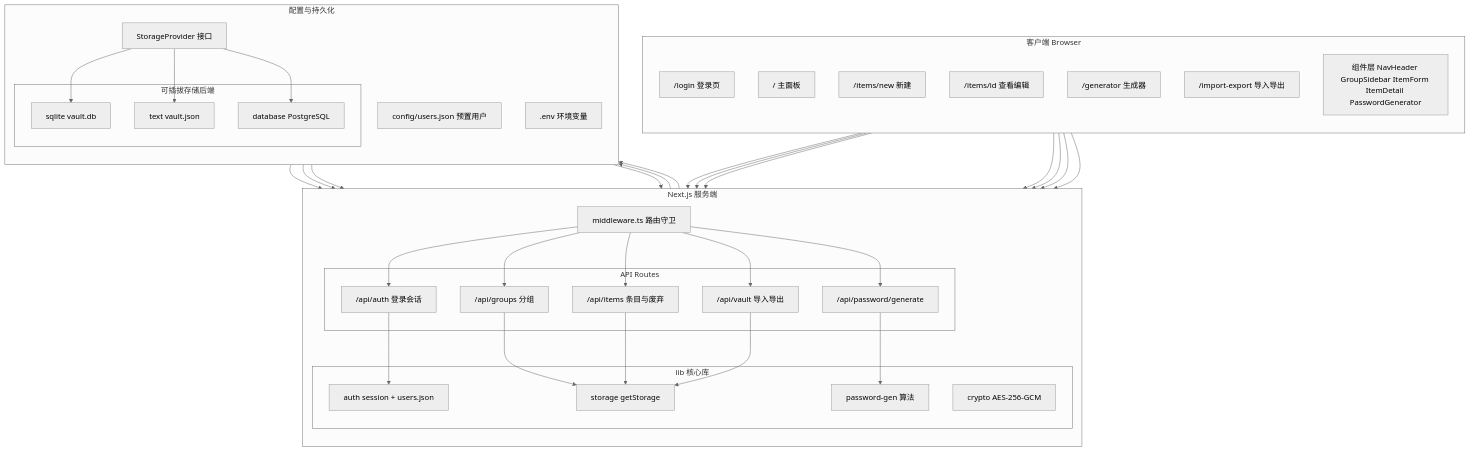
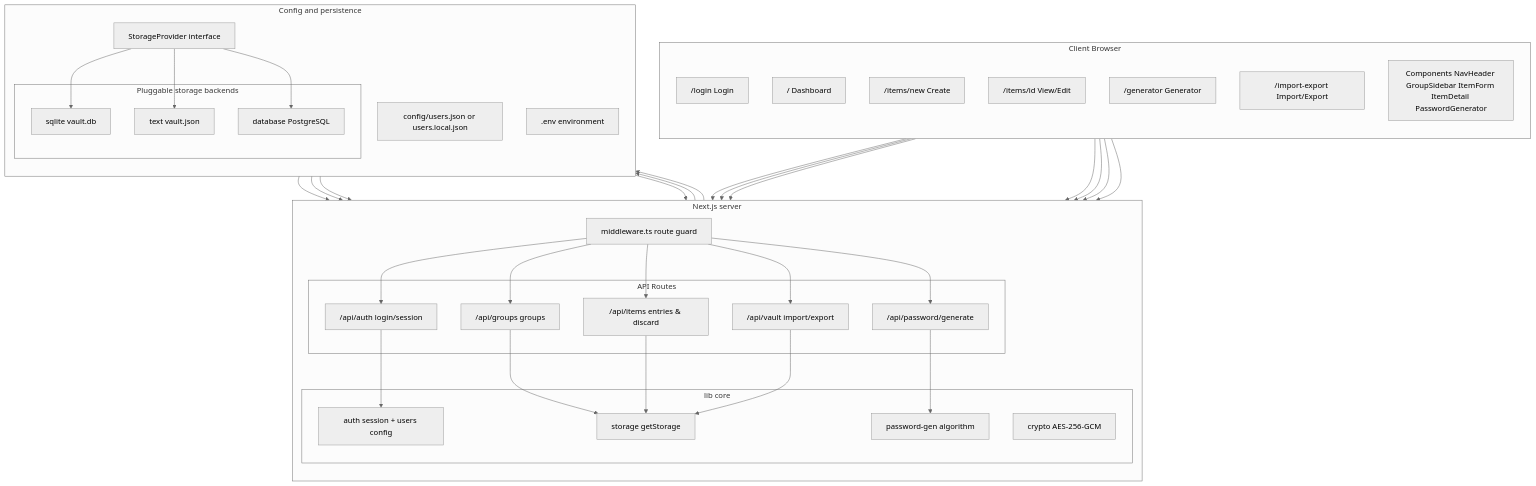
One commit to dinghongfei/LockPass changed the second of 5 diagrams in WIKI.md. Above: the diagram before and after it, drawn with Mermaid (neutral theme). The commit also changed other lines of this file and 3 other files, not shown here.

````diff
--- a/WIKI.md
+++ b/WIKI.md
@@ -167,77 +173,77 @@
 ```mermaid
 flowchart TB
-    subgraph client [客户端 Browser]
+    subgraph client [Client Browser]
         direction TB
-        LoginPage["/login 登录页"]
-        Dashboard["/ 主面板"]
-        ItemNew["/items/new 新建"]
-        ItemDetail["/items/id 查看编辑"]
-        GeneratorPage["/generator 生成器"]
-        ImportExportPage["/import-export 导入导出"]
-        UIComponents["组件层 NavHeader GroupSidebar ItemForm ItemDetail PasswordGenerator"]
+        LoginPage["/login Login"]
+        Dashboard["/ Dashboard"]
+        ItemNew["/items/new Create"]
+        ItemDetail["/items/id View/Edit"]
+        GeneratorPage["/generator Generator"]
+        ImportExportPage["/import-export Import/Export"]
+        UIComponents["Components NavHeader GroupSidebar ItemForm ItemDetail PasswordGenerator"]
     end
 
-    subgraph server [Next.js 服务端]
+    subgraph server [Next.js server]
         direction TB
-        Middleware["middleware.ts 路由守卫"]
+        Middleware["middleware.ts route guard"]
 
         subgraph apiLayer [API Routes]
-            AuthAPI["/api/auth 登录会话"]
-            GroupsAPI["/api/groups 分组"]
-            ItemsAPI["/api/items 条目与废弃"]
-            VaultAPI["/api/vault 导入导出"]
+            AuthAPI["/api/auth login/session"]
+            GroupsAPI["/api/groups groups"]
+            ItemsAPI["/api/items entries & discard"]
+            VaultAPI["/api/vault import/export"]
             PwdAPI["/api/password/generate"]
         end
 
-        subgraph coreLib [lib 核心库]
-            AuthLib["auth session + users.json"]
+        subgraph coreLib [lib core]
+            AuthLib["auth session + users config"]
             CryptoLib["crypto AES-256-GCM"]
             StorageFactory["storage getStorage"]
-            PwdGenLib["password-gen 算法"]
+            PwdGenLib["password-gen algorithm"]
         end
     end
 
-    subgraph persistence [配置与持久化]
+    subgraph persistence [Config and persistence]
         direction TB
-        UsersFile["config/users.json 预置用户"]
-        EnvConfig[".env 环境变量"]
-        StorageProvider["StorageProvider 接口"]
+        UsersFile["config/users.json or users.local.json"]
+        EnvConfig[".env environment"]
+        StorageProvider["StorageProvider interface"]
 
-        subgraph backends [可插拔存储后端]
+        subgraph backends [Pluggable storage backends]
             SqliteBackend["sqlite vault.db"]
             TextBackend["text vault.json"]
             PgBackend["database PostgreSQL"]
         end
     end
 
     LoginPage --> Middleware
     Dashboard --> Middleware
     ItemNew --> Middleware
     ItemDetail --> Middleware
     GeneratorPage --> Middleware
     ImportExportPage --> Middleware
     UIComponents --> Middleware
 
     Middleware --> AuthAPI
     Middleware --> GroupsAPI
     Middleware --> ItemsAPI
     Middleware --> VaultAPI
     Middleware --> PwdAPI
 
     AuthAPI --> AuthLib
     GroupsAPI --> StorageFactory
     ItemsAPI --> StorageFactory
     VaultAPI --> StorageFactory
     PwdAPI --> PwdGenLib
 
     AuthLib --> UsersFile
     StorageFactory --> StorageProvider
     StorageProvider --> CryptoLib
     StorageProvider --> SqliteBackend
     StorageProvider --> TextBackend
     StorageProvider --> PgBackend
 
     EnvConfig --> AuthLib
     EnvConfig --> CryptoLib
     EnvConfig --> StorageFactory
 ```
````
